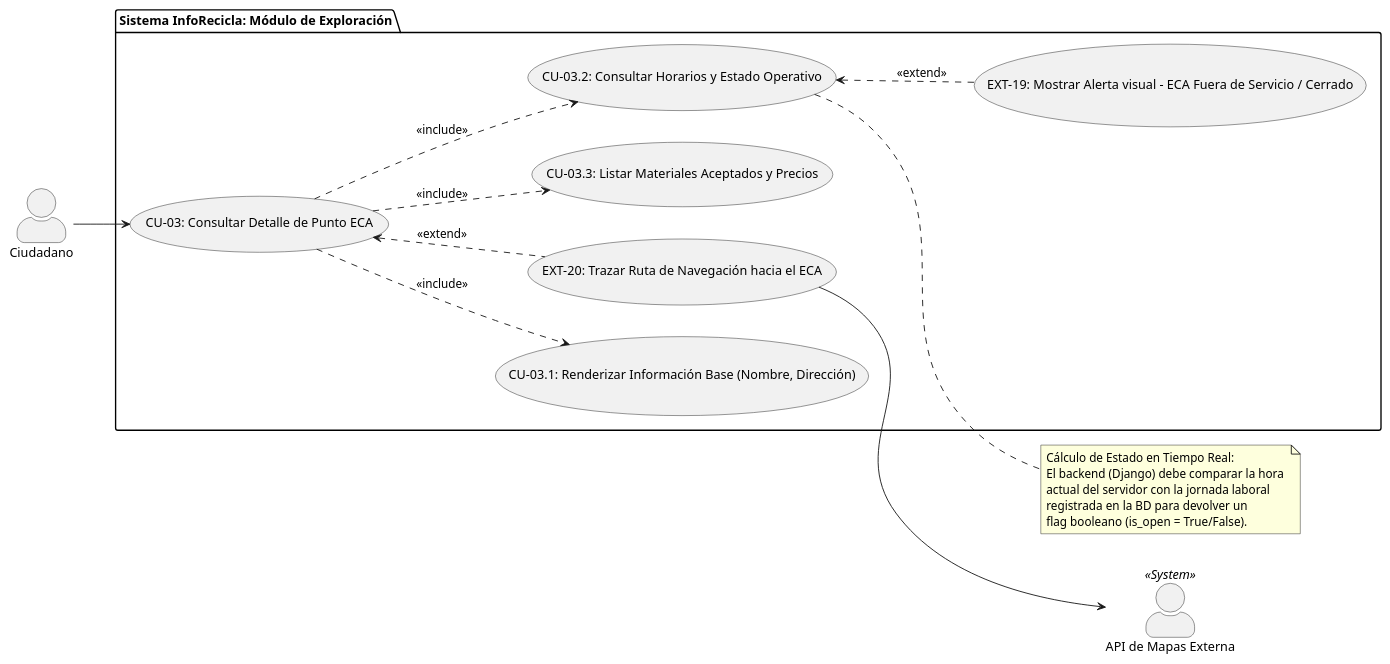
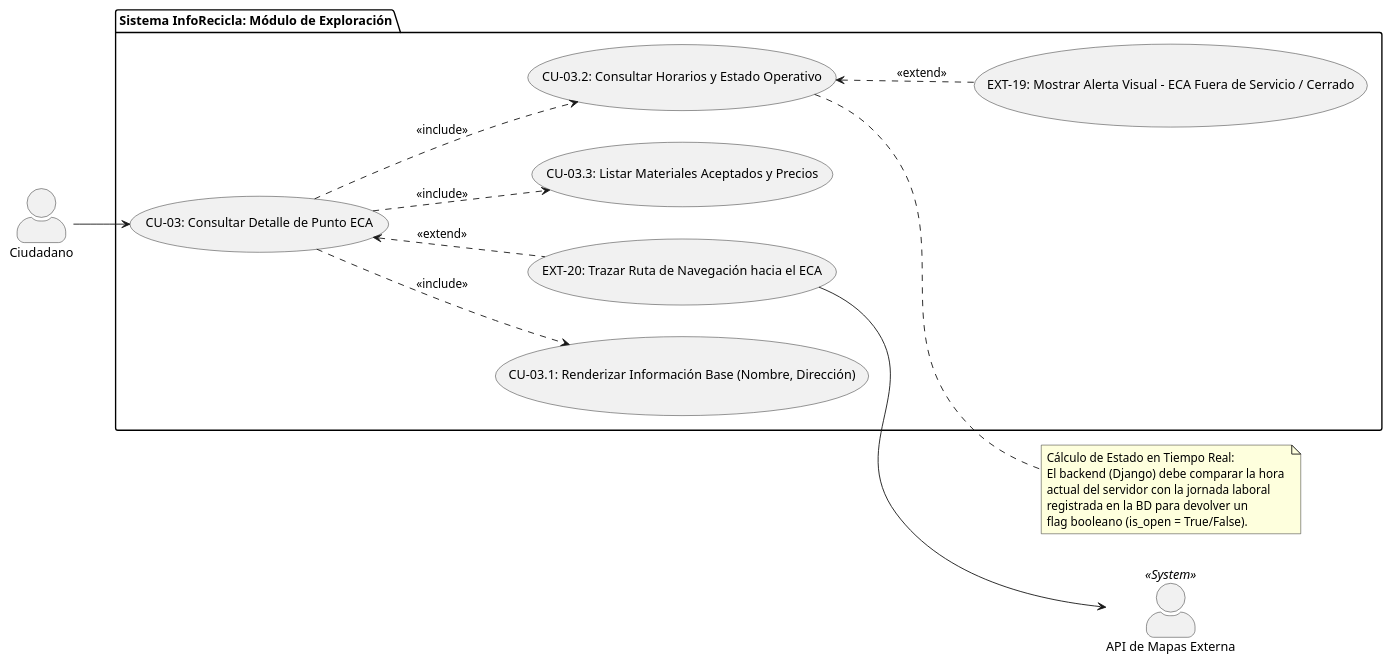
Before and after one commit to ElianMMCode/Inforecicla: the diagram in docs/cu/CU-03_Consultar Detalle de Punto ECA.puml, drawn with PlantUML. The commit also changed 7 other files, not shown here.

```diff
--- a/docs/cu/CU-03_Consultar Detalle de Punto ECA.puml
+++ b/docs/cu/CU-03_Consultar Detalle de Punto ECA.puml
@@ -1,42 +1,42 @@
 @startuml
 skinparam actorStyle awesome
 left to right direction
 
 actor "Ciudadano" as UserC
 actor "API de Mapas Externa" as MapAPI <<System>>
 
 package "Sistema InfoRecicla: Módulo de Exploración" {
     usecase "CU-03: Consultar Detalle de Punto ECA" as UC_Detail
     
     usecase "CU-03.1: Renderizar Información Base (Nombre, Dirección)" as UC_Base
     usecase "CU-03.2: Consultar Horarios y Estado Operativo" as UC_Time
     usecase "CU-03.3: Listar Materiales Aceptados y Precios" as UC_Mat
     
-    usecase "EXT-19: Mostrar Alerta visual - ECA Fuera de Servicio / Cerrado" as UC_Closed
+    usecase "EXT-19: Mostrar Alerta Visual - ECA Fuera de Servicio / Cerrado" as UC_Closed
     usecase "EXT-20: Trazar Ruta de Navegación hacia el ECA" as UC_Route
 }
 
 ' Relación del Actor Principal
 UserC --> UC_Detail
 
 ' Relaciones de Inclusión (La vista de detalle requiere consolidar todos estos datos)
 UC_Detail ..> UC_Base : <<include>>
 UC_Detail ..> UC_Time : <<include>>
 UC_Detail ..> UC_Mat : <<include>>
 
 ' Relaciones de Extensión (Condiciones dinámicas basadas en el estado o acción del usuario)
 UC_Time <.. UC_Closed : <<extend>>
 UC_Detail <.. UC_Route : <<extend>>
 
 ' Interacción con el sistema externo para el trazado de rutas
 UC_Route --> MapAPI
 
 note right of UC_Time
   Cálculo de Estado en Tiempo Real:
   El backend (Django) debe comparar la hora 
   actual del servidor con la jornada laboral 
   registrada en la BD para devolver un 
   flag booleano (is_open = True/False).
 end note
 
 @enduml
```
